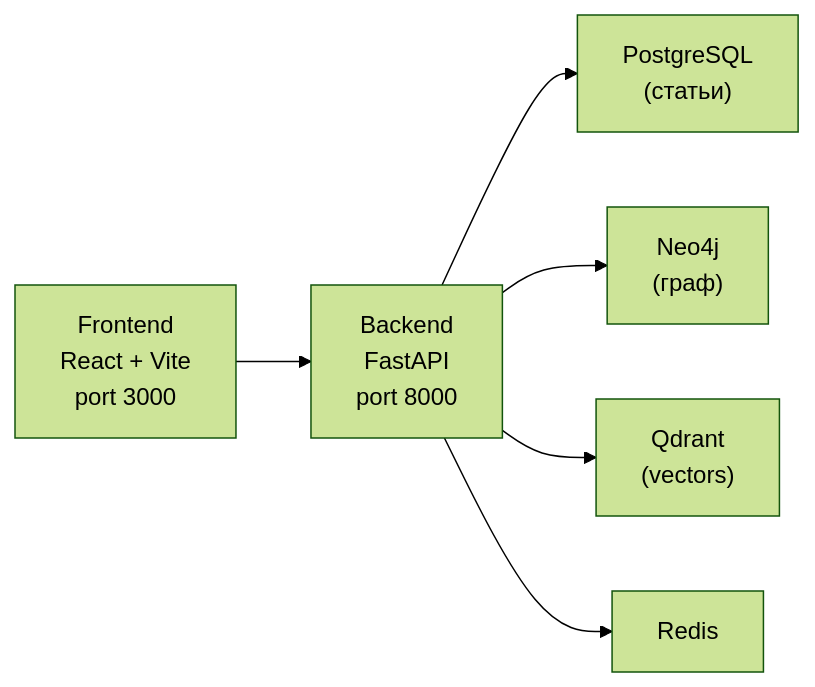
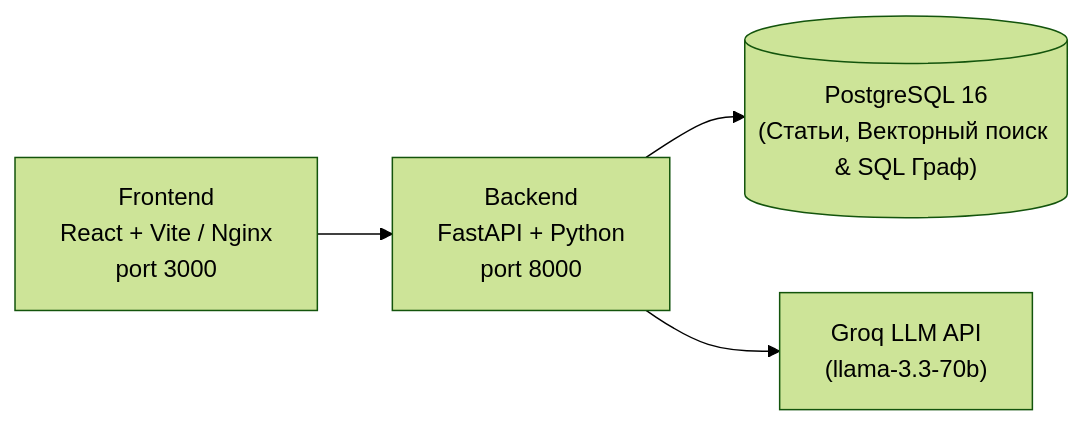
One commit to ArtemChik103/ITnews changed the diagram in README.md. Above: the diagram before and after it, drawn with Mermaid (forest theme). The commit also changed other lines of this file, not shown here.

Commit message:
Update README.md with simplified architecture and Render deploy guide

````diff
--- a/README.md
+++ b/README.md
@@ -7,8 +11,6 @@
 ```mermaid
 flowchart LR
-    FE["Frontend<br/>React + Vite<br/>port 3000"] --> BE["Backend<br/>FastAPI<br/>port 8000"]
-    BE --> PG["PostgreSQL<br/>(статьи)"]
-    BE --> NEO["Neo4j<br/>(граф)"]
-    BE --> QD["Qdrant<br/>(vectors)"]
-    BE --> REDIS["Redis"]
+    FE["Frontend<br/>React + Vite / Nginx<br/>port 3000"] --> BE["Backend<br/>FastAPI + Python<br/>port 8000"]
+    BE --> PG[("PostgreSQL 16<br/>(Статьи, Векторный поиск & SQL Граф)")]
+    BE --> GROQ["Groq LLM API<br/>(llama-3.3-70b)"]
 ```
````
